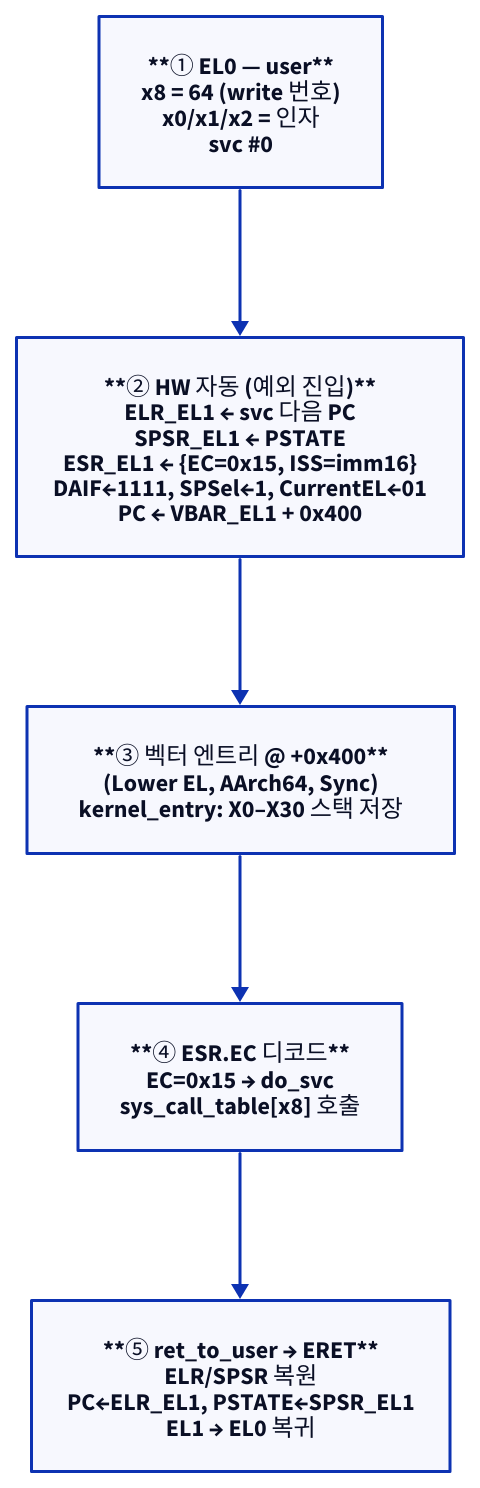
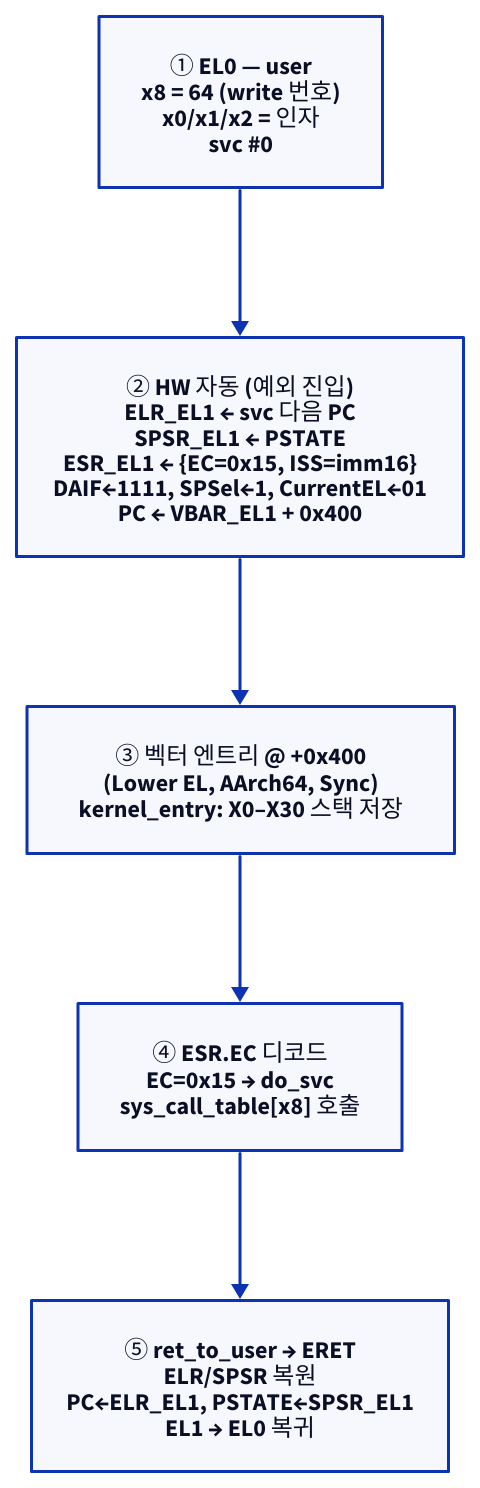
The second of 2 diagrams in starlight_site/src/content/docs/cpu_arm/03_exception_levels.md (humbleowl39/DV_SKOOL), drawn with D2 before and after one commit. The commit also changed other lines of this file and 714 other files, not shown here.

First line of the commit message:
fix(site): d2 다이어그램 가독성 결함 6종 일괄 수정

````diff
--- a/starlight_site/src/content/docs/cpu_arm/03_exception_levels.md
+++ b/starlight_site/src/content/docs/cpu_arm/03_exception_levels.md
@@ -100,14 +100,14 @@
 ```d2
 direction: down
 
-USER: "**① EL0 — user**\nx8 = 64 (write 번호)\nx0/x1/x2 = 인자\nsvc #0"
-HW: "**② HW 자동 (예외 진입)**\nELR_EL1 ← svc 다음 PC\nSPSR_EL1 ← PSTATE\nESR_EL1 ← {EC=0x15, ISS=imm16}\nDAIF←1111, SPSel←1, CurrentEL←01\nPC ← VBAR_EL1 + 0x400"
-VEC: "**③ 벡터 엔트리 @ +0x400**\n(Lower EL, AArch64, Sync)\nkernel_entry: X0–X30 스택 저장"
-DISP: "**④ ESR.EC 디코드**\nEC=0x15 → do_svc\nsys_call_table[x8] 호출"
-RET: "**⑤ ret_to_user → ERET**\nELR/SPSR 복원\nPC←ELR_EL1, PSTATE←SPSR_EL1\nEL1 → EL0 복귀"
+USER: "① EL0 — user\nx8 = 64 (write 번호)\nx0/x1/x2 = 인자\nsvc #0"
+HW: "② HW 자동 (예외 진입)\nELR_EL1 ← svc 다음 PC\nSPSR_EL1 ← PSTATE\nESR_EL1 ← {EC=0x15, ISS=imm16}\nDAIF←1111, SPSel←1, CurrentEL←01\nPC ← VBAR_EL1 + 0x400"
+VEC: "③ 벡터 엔트리 @ +0x400\n(Lower EL, AArch64, Sync)\nkernel_entry: X0–X30 스택 저장"
+DISP: "④ ESR.EC 디코드\nEC=0x15 → do_svc\nsys_call_table[x8] 호출"
+RET: "⑤ ret_to_user → ERET\nELR/SPSR 복원\nPC←ELR_EL1, PSTATE←SPSR_EL1\nEL1 → EL0 복귀"
 
 USER -> HW
 HW -> VEC
 VEC -> DISP
 DISP -> RET
 ```
````
